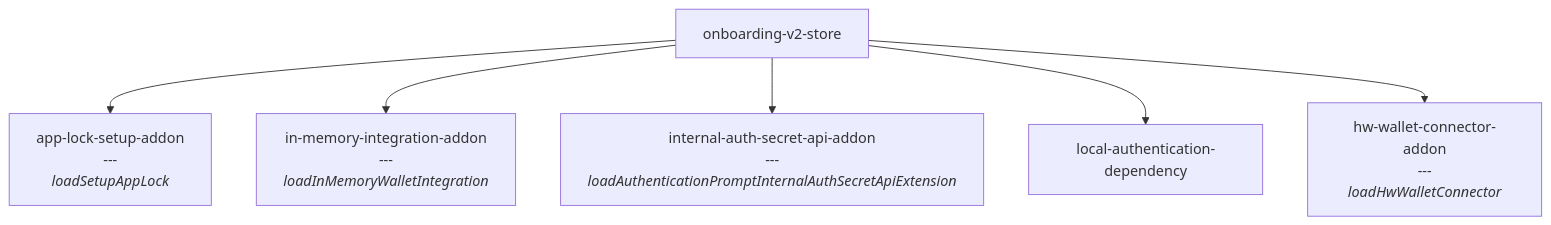
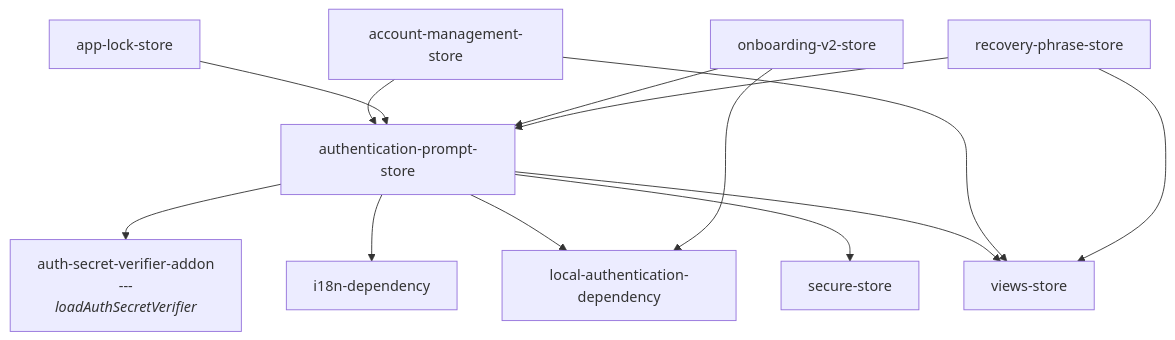
One commit to input-output-hk/lace changed the second of 32 diagrams in docs/contracts-and-modules.md. Above: the diagram before and after it, drawn with Mermaid. The commit also changed other lines of this file and 879 other files, not shown here.

````diff
--- a/docs/contracts-and-modules.md
+++ b/docs/contracts-and-modules.md
@@ -52,14 +53,25 @@
 ```mermaid
 graph TD
+  authentication-prompt-store["authentication-prompt-store"]
+  auth-secret-verifier-addon["auth-secret-verifier-addon<br/>---<br/><i>loadAuthSecretVerifier</i>"]
+  i18n-dependency["i18n-dependency"]
+  local-authentication-dependency["local-authentication-dependency"]
+  secure-store["secure-store"]
+  views-store["views-store"]
+  account-management-store["account-management-store"]
+  app-lock-store["app-lock-store"]
   onboarding-v2-store["onboarding-v2-store"]
-  app-lock-setup-addon["app-lock-setup-addon<br/>---<br/><i>loadSetupAppLock</i>"]
-  in-memory-integration-addon["in-memory-integration-addon<br/>---<br/><i>loadInMemoryWalletIntegration</i>"]
-  internal-auth-secret-api-addon["internal-auth-secret-api-addon<br/>---<br/><i>loadAuthenticationPromptInternalAuthSecretApiExtension</i>"]
-  local-authentication-dependency["local-authentication-dependency"]
-  hw-wallet-connector-addon["hw-wallet-connector-addon<br/>---<br/><i>loadHwWalletConnector</i>"]
-  onboarding-v2-store --> app-lock-setup-addon
-  onboarding-v2-store --> in-memory-integration-addon
-  onboarding-v2-store --> internal-auth-secret-api-addon
+  recovery-phrase-store["recovery-phrase-store"]
+  authentication-prompt-store --> auth-secret-verifier-addon
+  authentication-prompt-store --> i18n-dependency
+  authentication-prompt-store --> local-authentication-dependency
+  authentication-prompt-store --> secure-store
+  authentication-prompt-store --> views-store
+  account-management-store --> authentication-prompt-store
+  account-management-store --> views-store
+  app-lock-store --> authentication-prompt-store
+  onboarding-v2-store --> authentication-prompt-store
   onboarding-v2-store --> local-authentication-dependency
-  onboarding-v2-store --> hw-wallet-connector-addon
+  recovery-phrase-store --> authentication-prompt-store
+  recovery-phrase-store --> views-store
 ```
````
